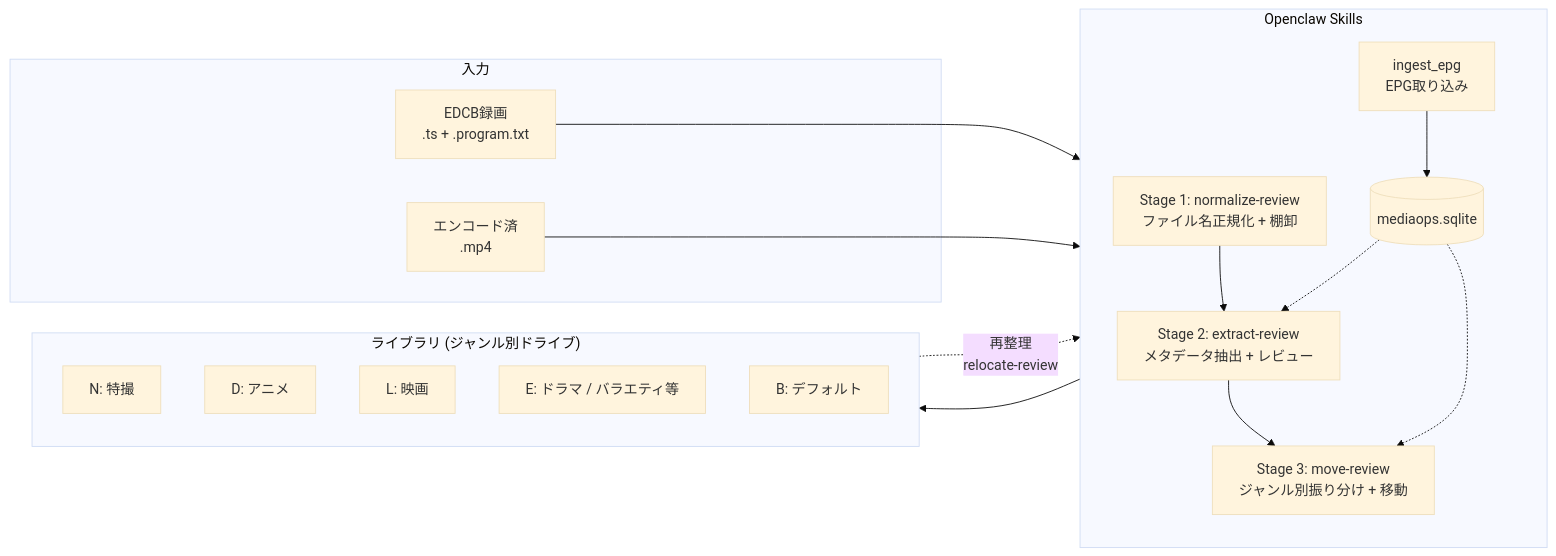
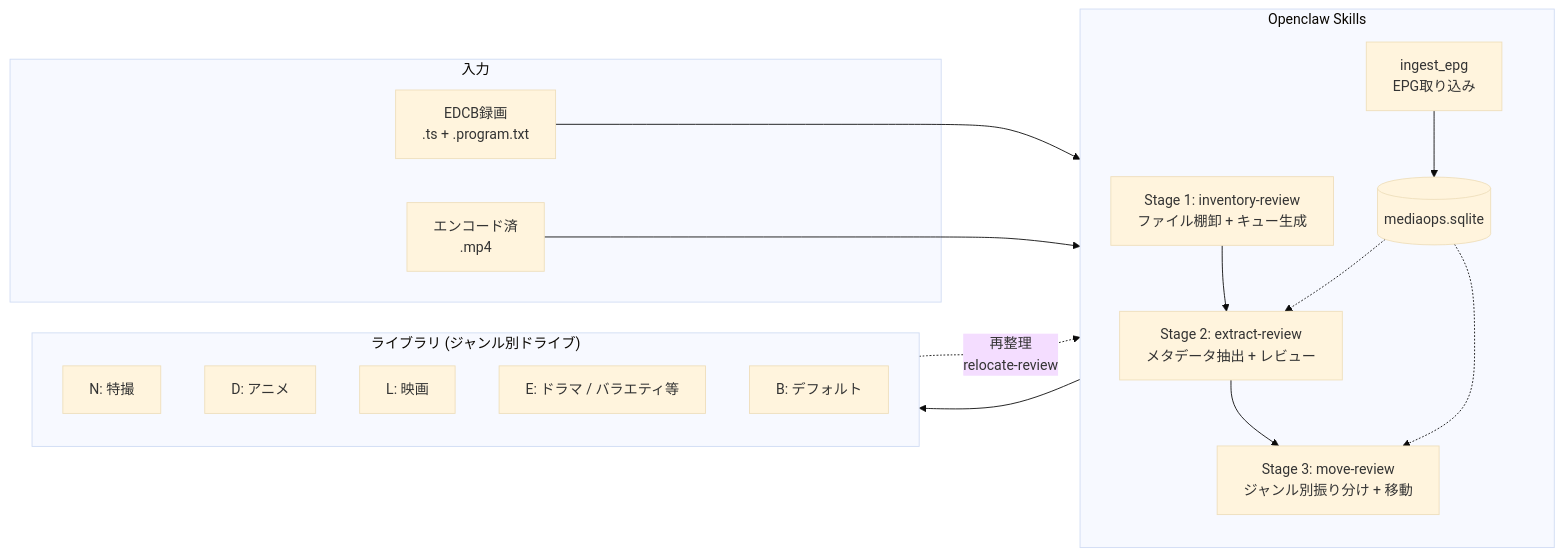
Before and after one commit to NEXTAltair/video-library-pipeline: the first of 10 diagrams in README.md, drawn with Mermaid (base theme). The commit also changed other lines of this file and 4 other files, not shown here.

````diff
--- a/README.md
+++ b/README.md
@@ -11,35 +11,35 @@
 ```mermaid
 flowchart LR
     subgraph SRC["入力"]
         TS["EDCB録画<br>.ts + .program.txt"]
         MP4["エンコード済<br>.mp4"]
     end
 
     subgraph PIPELINE["Openclaw Skills"]
         direction TB
         S0["ingest_epg<br>EPG取り込み"]
-        S1["Stage 1: normalize-review<br>ファイル名正規化 + 棚卸"]
+        S1["Stage 1: inventory-review<br>ファイル棚卸 + キュー生成"]
         S2["Stage 2: extract-review<br>メタデータ抽出 + レビュー"]
         S3["Stage 3: move-review<br>ジャンル別振り分け + 移動"]
         DB[("mediaops.sqlite")]
 
         S0 --> DB
         S1 --> S2 --> S3
         DB -.-> S2
         DB -.-> S3
     end
 
     subgraph DST["ライブラリ (ジャンル別ドライブ)"]
         D1["N: 特撮"]
         D2["D: アニメ"]
         D3["L: 映画"]
         D4["E: ドラマ / バラエティ等"]
         D5["B: デフォルト"]
     end
 
     TS --> S0
     MP4 --> S1
     S3 --> DST
 
     DST -. "再整理<br>relocate-review" .-> S2
 ```
````
